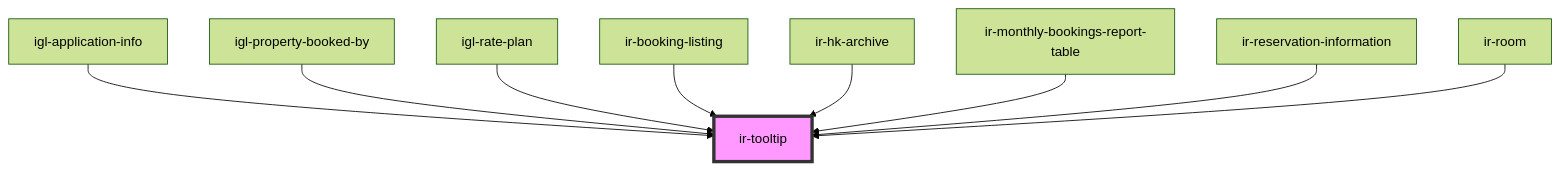
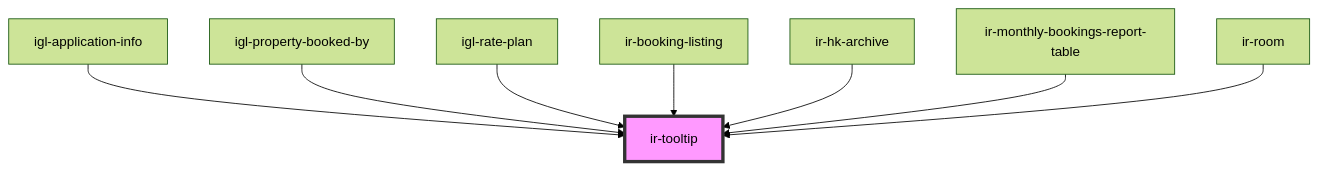
Before and after one commit to David1Chowaifaty/modified-ir-webcmp: the diagram in src/components/ui/ir-tooltip/readme.md, drawn with Mermaid (forest theme). The commit also changed other lines of this file and 25 other files, not shown here.

````diff
--- a/src/components/ui/ir-tooltip/readme.md
+++ b/src/components/ui/ir-tooltip/readme.md
@@ -34,12 +33,11 @@
 ```mermaid
 graph TD;
   igl-application-info --> ir-tooltip
   igl-property-booked-by --> ir-tooltip
   igl-rate-plan --> ir-tooltip
   ir-booking-listing --> ir-tooltip
   ir-hk-archive --> ir-tooltip
   ir-monthly-bookings-report-table --> ir-tooltip
-  ir-reservation-information --> ir-tooltip
   ir-room --> ir-tooltip
   style ir-tooltip fill:#f9f,stroke:#333,stroke-width:4px
 ```
````
